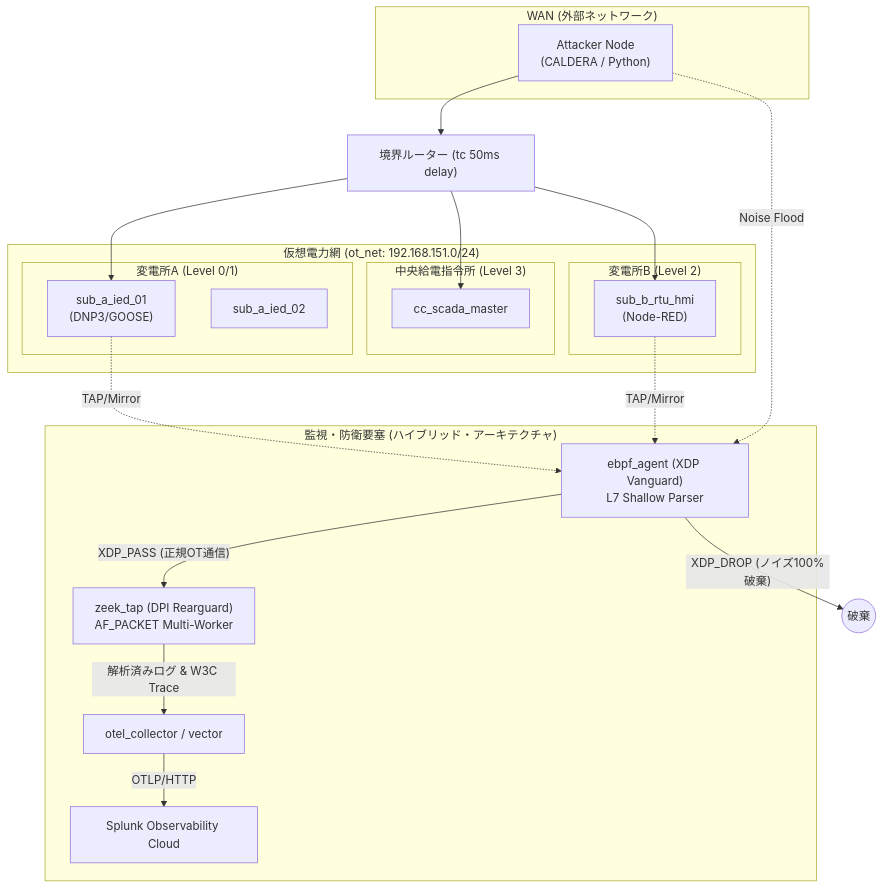
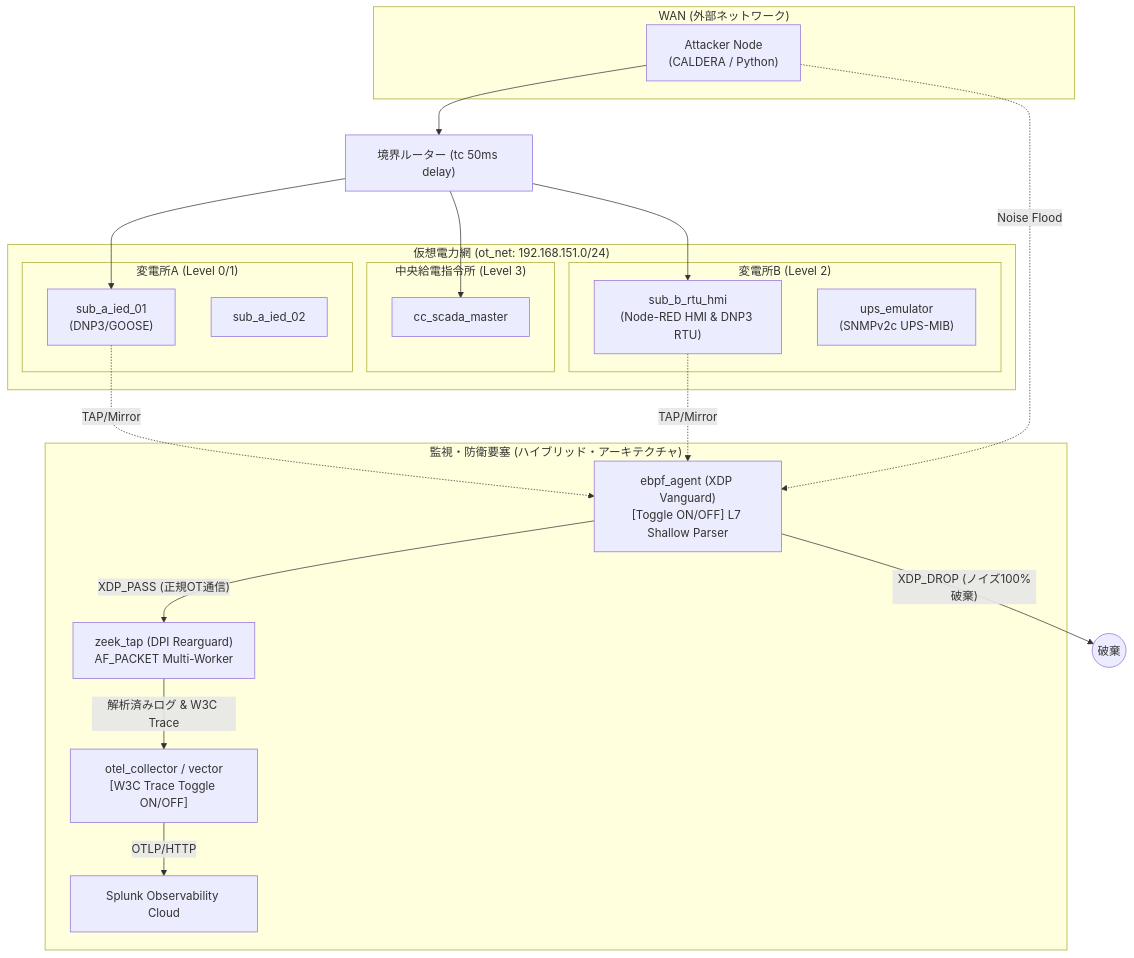
The diagram in README.md (schutzz/ot-ids-verum), drawn with Mermaid before and after one commit. The commit also changed other lines of this file and 1 other file, not shown here.

Commit message:
feat: Add Phase 4 eBPF Vanguard, Zeek Rearguard Hybrid Architecture & Deployment guide

````diff
--- a/README.md
+++ b/README.md
@@ -15,44 +33,45 @@
 ```mermaid
 graph TD
     subgraph "WAN (外部ネットワーク)"
         Attacker["Attacker Node<br/>(CALDERA / Python)"]
     end
 
     node["境界ルーター (tc 50ms delay)"]
 
     subgraph "仮想電力網 (ot_net: 192.168.151.0/24)"
         subgraph "中央給電指令所 (Level 3)"
             SCADA["cc_scada_master"]
         end
 
         subgraph "変電所A (Level 0/1)"
             IED1["sub_a_ied_01<br/>(DNP3/GOOSE)"]
             IED2["sub_a_ied_02"]
         end
 
         subgraph "変電所B (Level 2)"
-            HMI["sub_b_rtu_hmi<br/>(Node-RED)"]
+            HMI["sub_b_rtu_hmi<br/>(Node-RED HMI & DNP3 RTU)"]
+            UPS["ups_emulator<br/>(SNMPv2c UPS-MIB)"]
         end
     end
 
     subgraph "監視・防衛要塞 (ハイブリッド・アーキテクチャ)"
-        eBPF["ebpf_agent (XDP Vanguard)<br/>L7 Shallow Parser"]
+        eBPF["ebpf_agent (XDP Vanguard)<br/>[Toggle ON/OFF] L7 Shallow Parser"]
         Zeek["zeek_tap (DPI Rearguard)<br/>AF_PACKET Multi-Worker"]
-        OTel["otel_collector / vector"]
+        OTel["otel_collector / vector<br/>[W3C Trace Toggle ON/OFF]"]
         Splunk["Splunk Observability Cloud"]
     end
 
     Attacker --> node
     node --> SCADA
     node --> IED1
     node --> HMI
 
     IED1 -. "TAP/Mirror" .-> eBPF
     HMI -. "TAP/Mirror" .-> eBPF
     Attacker -. "Noise Flood" .-> eBPF
 
     eBPF -- "XDP_DROP (ノイズ100%破棄)" --> Drop(("破棄"))
     eBPF -- "XDP_PASS (正規OT通信)" --> Zeek
     Zeek -- "解析済みログ & W3C Trace" --> OTel
     OTel -- "OTLP/HTTP" --> Splunk
 ```
````
